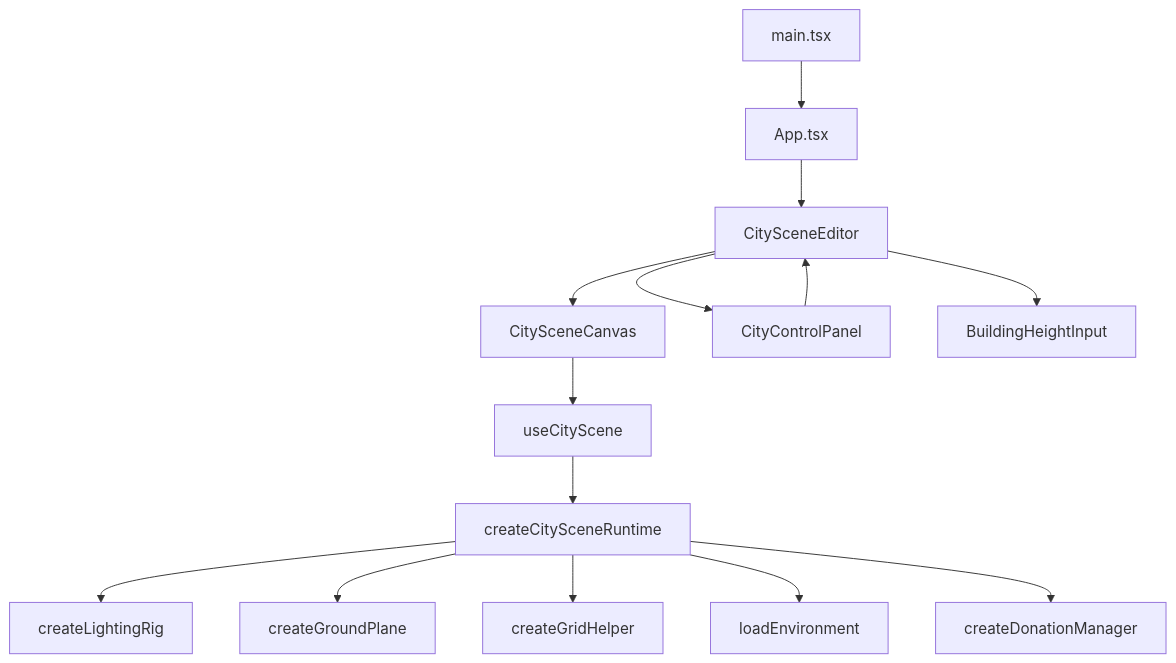
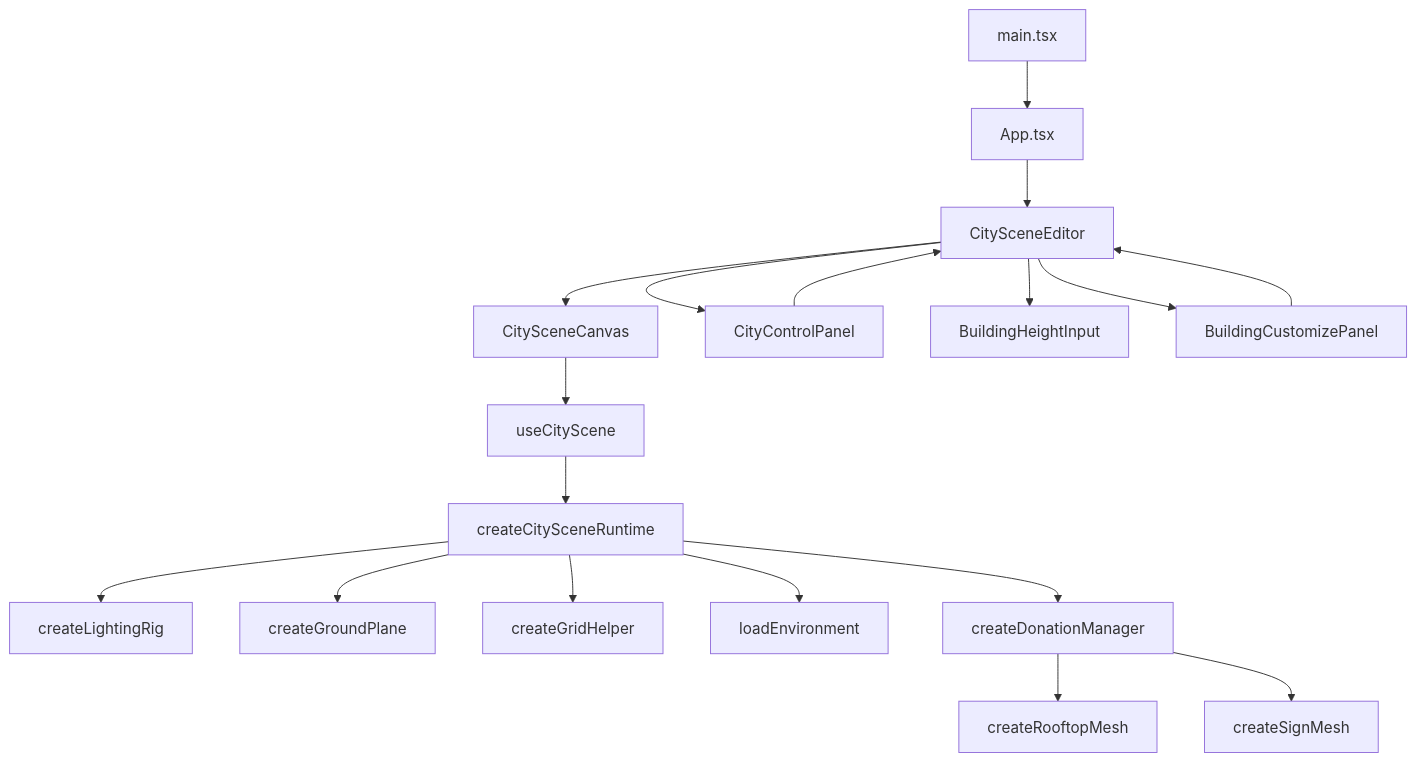
The first of 2 diagrams in doc-pixcity/index.md (RaeII/pixcity), drawn with Mermaid before and after one commit. The commit also changed other lines of this file and 13 other files, not shown here.

````diff
--- a/doc-pixcity/index.md
+++ b/doc-pixcity/index.md
@@ -150,16 +156,20 @@
 ```mermaid
 flowchart TD
     A[main.tsx] --> B[App.tsx]
     B --> C[CitySceneEditor]
     C --> D[CitySceneCanvas]
     C --> E[CityControlPanel]
     C --> F[BuildingHeightInput]
+    C --> P[BuildingCustomizePanel]
     D --> G[useCityScene]
     G --> H[createCitySceneRuntime]
     H --> I[createLightingRig]
     H --> J[createGroundPlane]
     H --> K[createGridHelper]
     H --> L[loadEnvironment]
     H --> M[createDonationManager]
+    M --> N[createRooftopMesh]
+    M --> O[createSignMesh]
     E --> C
+    P --> C
 ```
````
